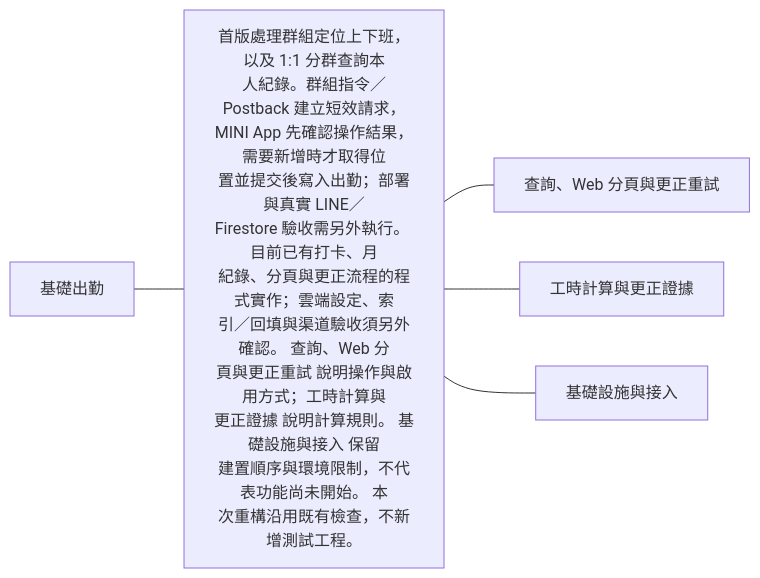
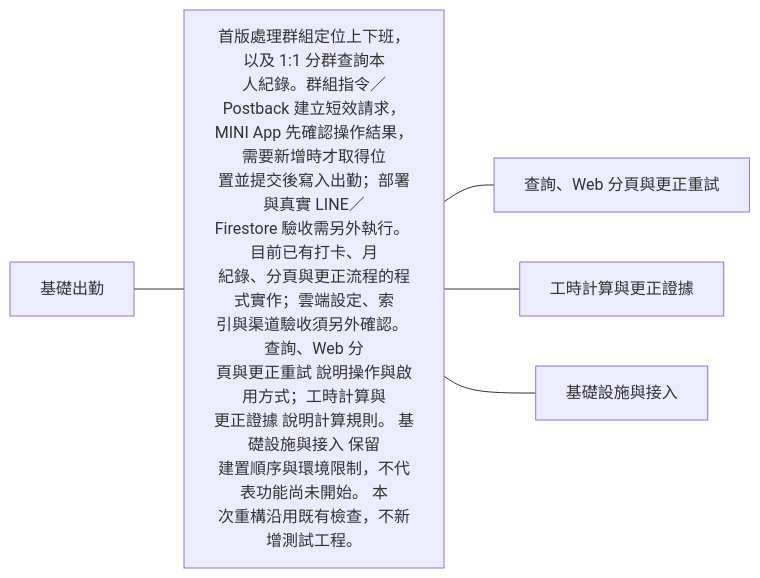
The first of 14 diagrams in docs/domains/attendance/README.md (963sup/line-mini-app-bot), drawn with Mermaid before and after one commit. The commit also changed other lines of this file and 20 other files, not shown here.

````diff
--- a/docs/domains/attendance/README.md
+++ b/docs/domains/attendance/README.md
@@ -22,11 +22,11 @@
 ```mermaid
 flowchart LR
   h["基礎出勤"]
-  h --- n0["首版處理群組定位上下班，以及 1:1 分群查詢本<br/>人紀錄。群組指令／Postback 建立短效請求，<br/>MINI App 先確認操作結果，需要新增時才取得位<br/>置並提交後寫入出勤；部署與真實 LINE／<br/>Firestore 驗收需另外執行。 目前已有打卡、月<br/>紀錄、分頁與更正流程的程式實作；雲端設定、索<br/>引／回填與渠道驗收須另外確認。 查詢、Web 分<br/>頁與更正重試 說明操作與啟用方式；工時計算與<br/>更正證據 說明計算規則。 基礎設施與接入 保留<br/>建置順序與環境限制，不代表功能尚未開始。 本<br/>次重構沿用既有檢查，不新增測試工程。"]
+  h --- n0["首版處理群組定位上下班，以及 1:1 分群查詢本<br/>人紀錄。群組指令／Postback 建立短效請求，<br/>MINI App 先確認操作結果，需要新增時才取得位<br/>置並提交後寫入出勤；部署與真實 LINE／<br/>Firestore 驗收需另外執行。 目前已有打卡、月<br/>紀錄、分頁與更正流程的程式實作；雲端設定、索<br/>引與渠道驗收須另外確認。 查詢、Web 分<br/>頁與更正重試 說明操作與啟用方式；工時計算與<br/>更正證據 說明計算規則。 基礎設施與接入 保留<br/>建置順序與環境限制，不代表功能尚未開始。 本<br/>次重構沿用既有檢查，不新增測試工程。"]
   n0 --- n0l0["查詢、Web 分頁與更正重試"]
   click n0l0 "queries.md"
   n0 --- n0l1["工時計算與更正證據"]
   click n0l1 "worktime.md"
   n0 --- n0l2["基礎設施與接入"]
   click n0l2 "../../guides/local-development/environment-verification.md"
 ```
````
